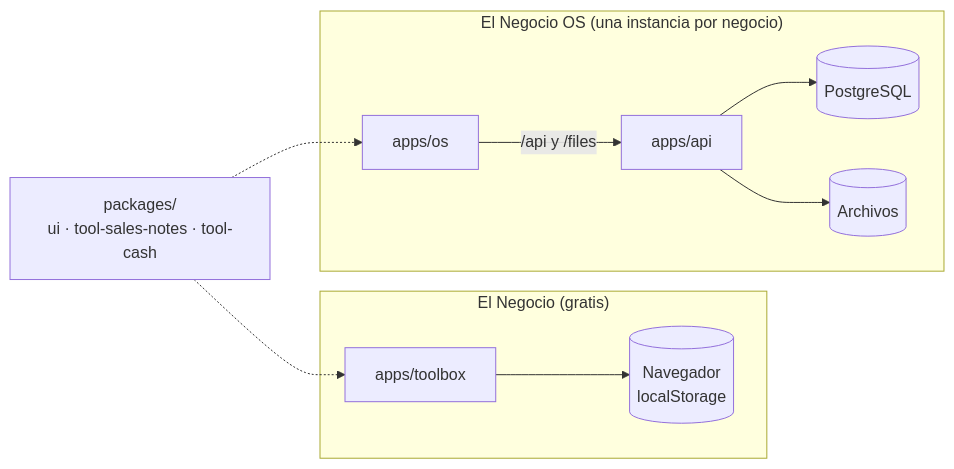
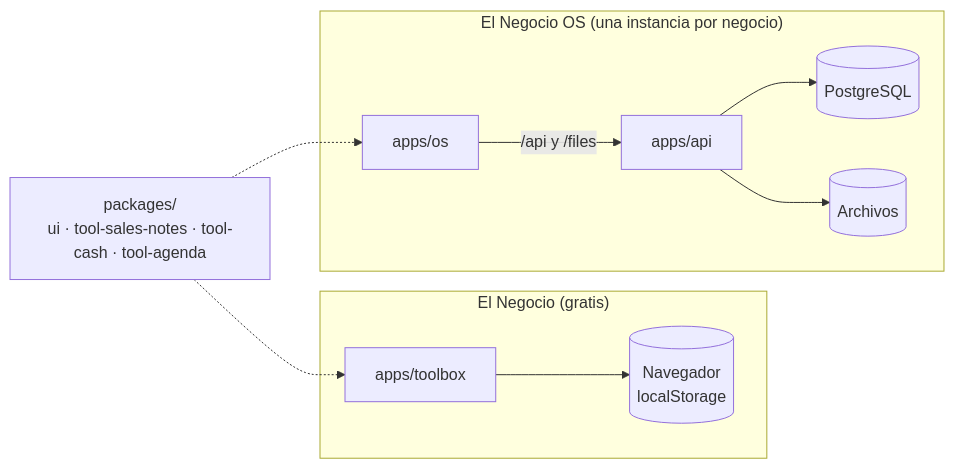
One commit to arm-code/el-negocio changed the diagram in README.md. Above: the diagram before and after it, drawn with Mermaid. The commit also changed other lines of this file and 30 other files, not shown here.

````diff
--- a/README.md
+++ b/README.md
@@ -44,17 +44,17 @@
 ```mermaid
 flowchart LR
-    PKG["packages/<br/>ui · tool-sales-notes · tool-cash"]
+    PKG["packages/<br/>ui · tool-sales-notes · tool-cash · tool-agenda"]
 
     subgraph GRATIS["El Negocio (gratis)"]
         TB["apps/toolbox"] --> LS[("Navegador<br/>localStorage")]
     end
 
     subgraph INSTANCIA["El Negocio OS (una instancia por negocio)"]
         OS["apps/os"] -->|"/api y /files"| API["apps/api"]
         API --> PG[("PostgreSQL")]
         API --> FS[("Archivos")]
     end
 
     PKG -.-> TB
     PKG -.-> OS
 ```
````
